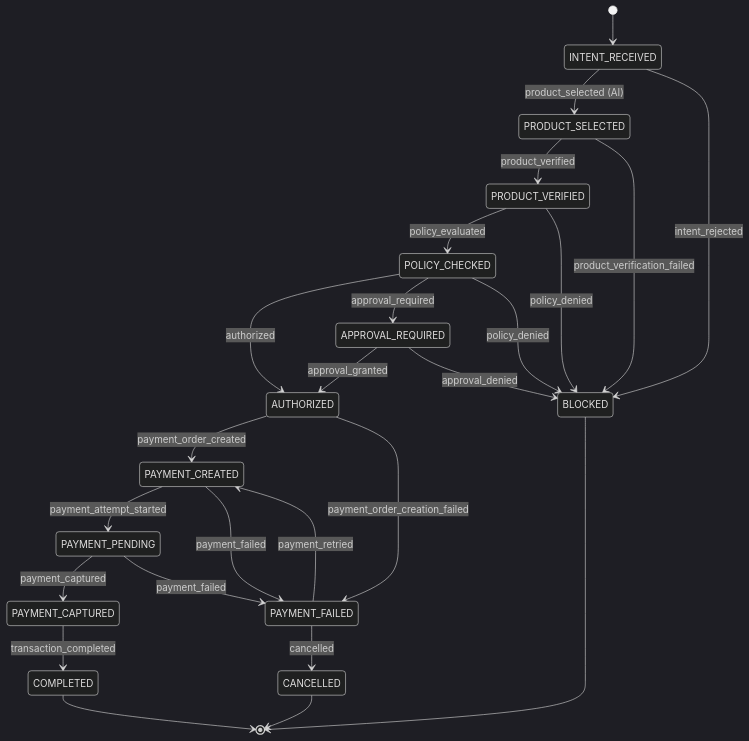
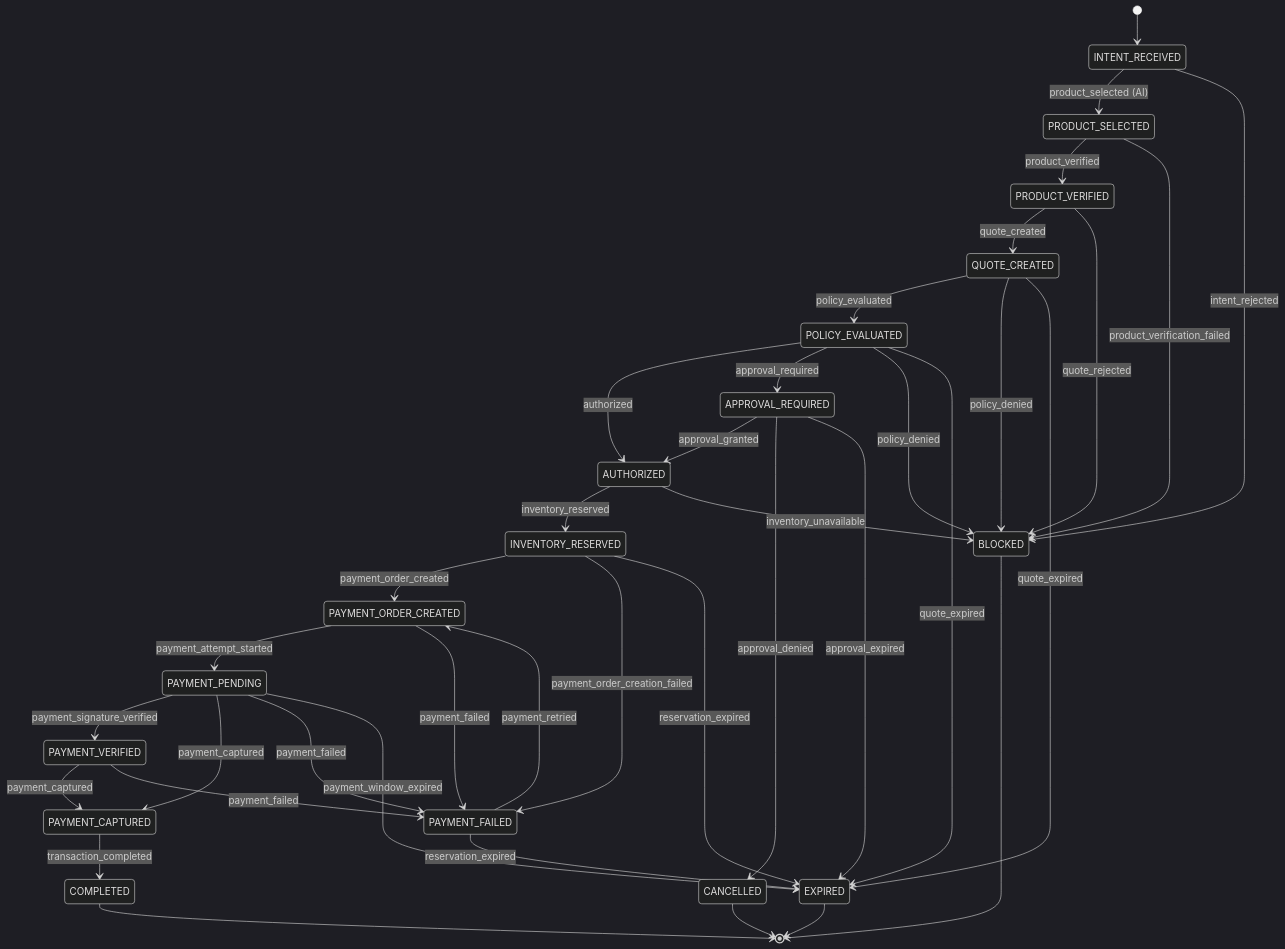
The diagram in docs/05-transaction-state-machine.md (TanmaySingh2711/razorpay-agentic-commerce), drawn with Mermaid (dark theme) before and after one commit. The commit also changed other lines of this file and 134 other files, not shown here.

````diff
--- a/docs/05-transaction-state-machine.md
+++ b/docs/05-transaction-state-machine.md
@@ -52,27 +70,40 @@
 ```mermaid
 stateDiagram-v2
   [*] --> INTENT_RECEIVED
   INTENT_RECEIVED --> PRODUCT_SELECTED: product_selected (AI)
   INTENT_RECEIVED --> BLOCKED: intent_rejected
   PRODUCT_SELECTED --> PRODUCT_VERIFIED: product_verified
   PRODUCT_SELECTED --> BLOCKED: product_verification_failed
-  PRODUCT_VERIFIED --> POLICY_CHECKED: policy_evaluated
-  PRODUCT_VERIFIED --> BLOCKED: policy_denied
-  POLICY_CHECKED --> AUTHORIZED: authorized
-  POLICY_CHECKED --> APPROVAL_REQUIRED: approval_required
-  POLICY_CHECKED --> BLOCKED: policy_denied
+  PRODUCT_VERIFIED --> QUOTE_CREATED: quote_created
+  PRODUCT_VERIFIED --> BLOCKED: quote_rejected
+  QUOTE_CREATED --> POLICY_EVALUATED: policy_evaluated
+  QUOTE_CREATED --> BLOCKED: policy_denied
+  QUOTE_CREATED --> EXPIRED: quote_expired
+  POLICY_EVALUATED --> AUTHORIZED: authorized
+  POLICY_EVALUATED --> APPROVAL_REQUIRED: approval_required
+  POLICY_EVALUATED --> BLOCKED: policy_denied
+  POLICY_EVALUATED --> EXPIRED: quote_expired
   APPROVAL_REQUIRED --> AUTHORIZED: approval_granted
-  APPROVAL_REQUIRED --> BLOCKED: approval_denied
-  AUTHORIZED --> PAYMENT_CREATED: payment_order_created
-  AUTHORIZED --> PAYMENT_FAILED: payment_order_creation_failed
-  PAYMENT_CREATED --> PAYMENT_PENDING: payment_attempt_started
-  PAYMENT_CREATED --> PAYMENT_FAILED: payment_failed
+  APPROVAL_REQUIRED --> CANCELLED: approval_denied
+  APPROVAL_REQUIRED --> EXPIRED: approval_expired
+  AUTHORIZED --> INVENTORY_RESERVED: inventory_reserved
+  AUTHORIZED --> BLOCKED: inventory_unavailable
+  INVENTORY_RESERVED --> PAYMENT_ORDER_CREATED: payment_order_created
+  INVENTORY_RESERVED --> PAYMENT_FAILED: payment_order_creation_failed
+  INVENTORY_RESERVED --> EXPIRED: reservation_expired
+  PAYMENT_ORDER_CREATED --> PAYMENT_PENDING: payment_attempt_started
+  PAYMENT_ORDER_CREATED --> PAYMENT_FAILED: payment_failed
+  PAYMENT_PENDING --> PAYMENT_VERIFIED: payment_signature_verified
   PAYMENT_PENDING --> PAYMENT_CAPTURED: payment_captured
   PAYMENT_PENDING --> PAYMENT_FAILED: payment_failed
+  PAYMENT_PENDING --> EXPIRED: payment_window_expired
+  PAYMENT_VERIFIED --> PAYMENT_CAPTURED: payment_captured
+  PAYMENT_VERIFIED --> PAYMENT_FAILED: payment_failed
   PAYMENT_CAPTURED --> COMPLETED: transaction_completed
-  PAYMENT_FAILED --> PAYMENT_CREATED: payment_retried
-  PAYMENT_FAILED --> CANCELLED: cancelled
+  PAYMENT_FAILED --> PAYMENT_ORDER_CREATED: payment_retried
+  PAYMENT_FAILED --> EXPIRED: reservation_expired
   COMPLETED --> [*]
   BLOCKED --> [*]
   CANCELLED --> [*]
+  EXPIRED --> [*]
 ```
````
